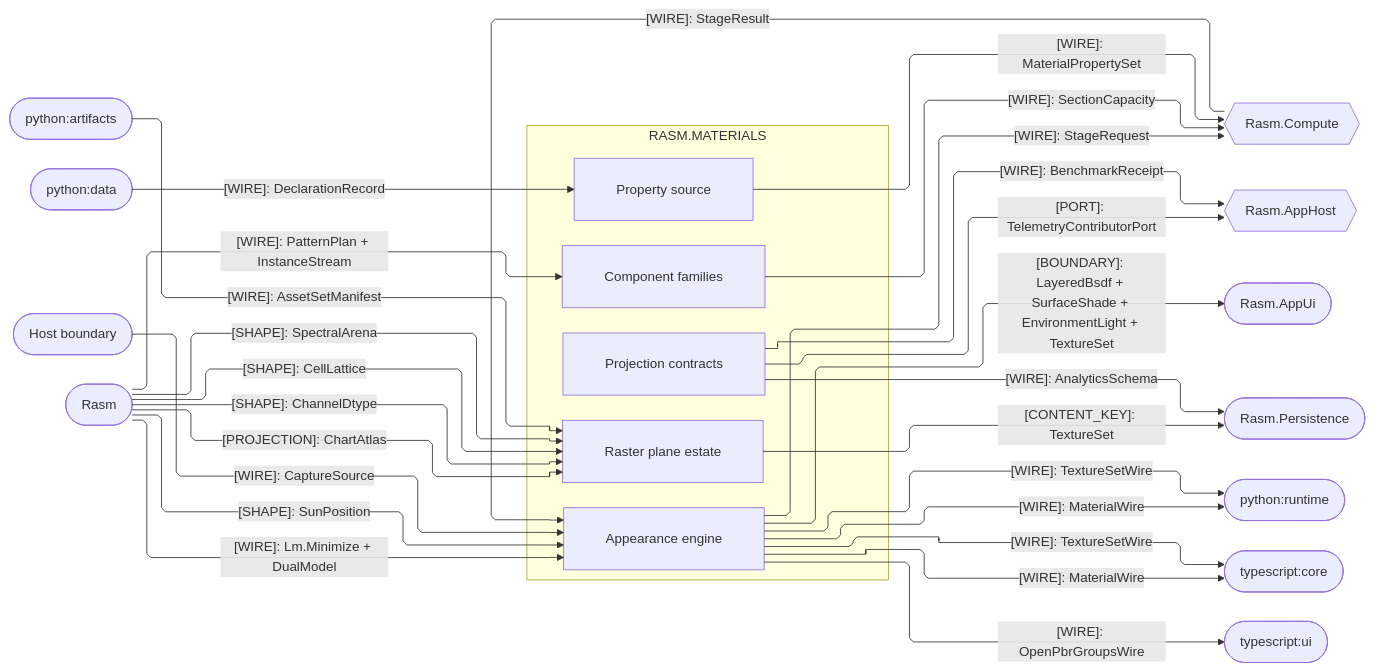
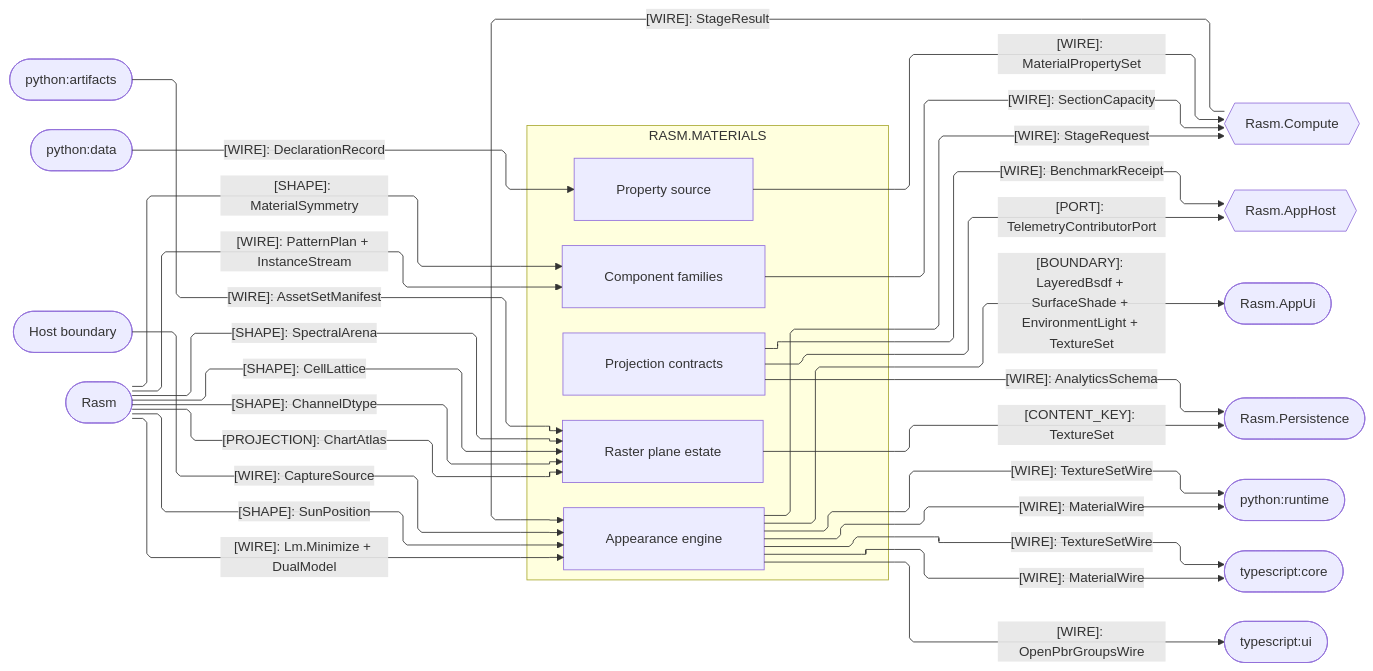
One commit to bsamiee/Rasm changed the third of 3 diagrams in libs/csharp/Rasm.Materials/ARCHITECTURE.md. Above: the diagram before and after it, drawn with Mermaid. The commit also changed other lines of this file and 72 other files, not shown here.

````diff
--- a/libs/csharp/Rasm.Materials/ARCHITECTURE.md
+++ b/libs/csharp/Rasm.Materials/ARCHITECTURE.md
@@ -148,54 +156,55 @@
 ```mermaid
 ---
 config:
   layout: elk
   flowchart:
     curve: linear
     padding: 25
 ---
 flowchart LR
     accTitle: Materials platform, compute, and cross-runtime seams
     accDescr: Materials sub-domain owners exchanging capacity, property, appearance, capture, telemetry, benchmark, and analytics wires, kernel lattice, storage, solver, atlas, and pattern crossings, plus artifact content keys with the kernel almanac, compute, the app host spine, the persistence store plane, the render host, the Python artifacts and runtime peers, and the TypeScript core and viewer peers, one edge per contract family labeled by kind.
     subgraph materials[RASM.MATERIALS]
         Component[Component families]
         Properties[Property source]
         Appearance[Appearance engine]
         Raster[Raster plane estate]
         Projection[Projection contracts]
     end
     Compute{{Rasm.Compute}}
     AppHost{{Rasm.AppHost}}
     AppUi([Rasm.AppUi])
     Persistence([Rasm.Persistence])
     PyArtifacts([python:artifacts])
     PyData([python:data])
     PyRuntime([python:runtime])
     Core([typescript:core])
     Ui([typescript:ui])
     Host([Host boundary])
     Rasm([Rasm])
     Rasm e18@-->|"[SHAPE]: SunPosition"| Appearance
     Rasm e19@-->|"[SHAPE]: SpectralArena"| Raster
     Rasm e21@-->|"[SHAPE]: CellLattice"| Raster
     Rasm e22@-->|"[SHAPE]: ChannelDtype"| Raster
     Rasm e23@-->|"[PROJECTION]: ChartAtlas"| Raster
     Rasm e24@-->|"[WIRE]: Lm.Minimize + DualModel"| Appearance
     Rasm e25@-->|"[WIRE]: PatternPlan + InstanceStream"| Component
+    Rasm e26@-->|"[SHAPE]: MaterialSymmetry"| Component
     Component e1@-->|"[WIRE]: SectionCapacity"| Compute
     Properties e2@-->|"[WIRE]: MaterialPropertySet"| Compute
     Appearance e11@-->|"[WIRE]: StageRequest"| Compute
     Compute e12@-->|"[WIRE]: StageResult"| Appearance
     Appearance e4@-->|"[BOUNDARY]: LayeredBsdf + SurfaceShade + EnvironmentLight + TextureSet"| AppUi
     Appearance e5@-->|"[WIRE]: MaterialWire"| Core
     Appearance e13@-->|"[WIRE]: MaterialWire"| PyRuntime
     Appearance e14@-->|"[WIRE]: TextureSetWire"| Core
     Appearance e15@-->|"[WIRE]: TextureSetWire"| PyRuntime
     Appearance e6@-->|"[WIRE]: OpenPbrGroupsWire"| Ui
     PyArtifacts e16@-->|"[WIRE]: AssetSetManifest"| Raster
     PyData e20@-->|"[WIRE]: DeclarationRecord"| Properties
     Host e7@-->|"[WIRE]: CaptureSource"| Appearance
     Projection e8@-->|"[PORT]: TelemetryContributorPort"| AppHost
     Projection e9@-->|"[WIRE]: BenchmarkReceipt"| AppHost
     Projection e10@-->|"[WIRE]: AnalyticsSchema"| Persistence
     Raster e17@-->|"[CONTENT_KEY]: TextureSet"| Persistence
 ```
````
